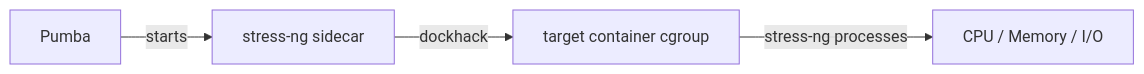
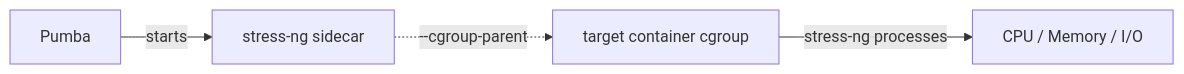
One commit to alexei-led/pumba changed the first of 2 diagrams in docs/stress-testing.md. Above: the diagram before and after it, drawn with Mermaid. The commit also changed other lines of this file and 22 other files, not shown here.

````diff
--- a/docs/stress-testing.md
+++ b/docs/stress-testing.md
@@ -9,6 +12,6 @@
 ```mermaid
 graph LR
     P[Pumba] -->|starts| S[stress-ng sidecar]
-    S -->|dockhack| T[target container cgroup]
+    S -.->|--cgroup-parent| T[target container cgroup]
     T -->|stress-ng processes| R[CPU / Memory / I/O]
 ```
````
